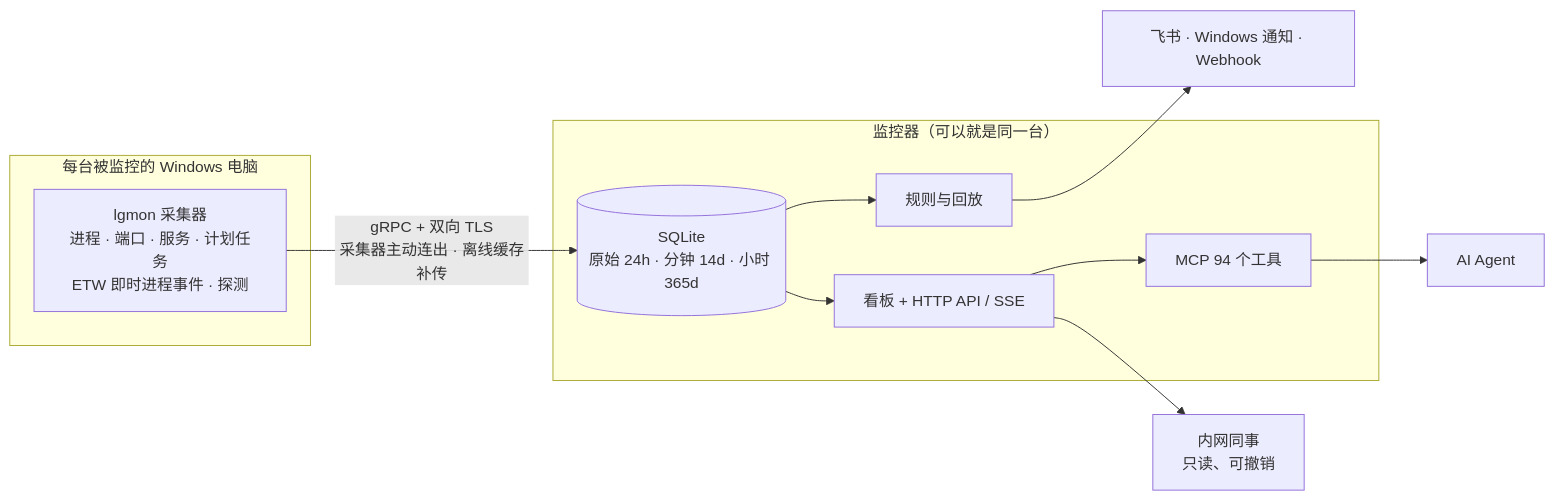
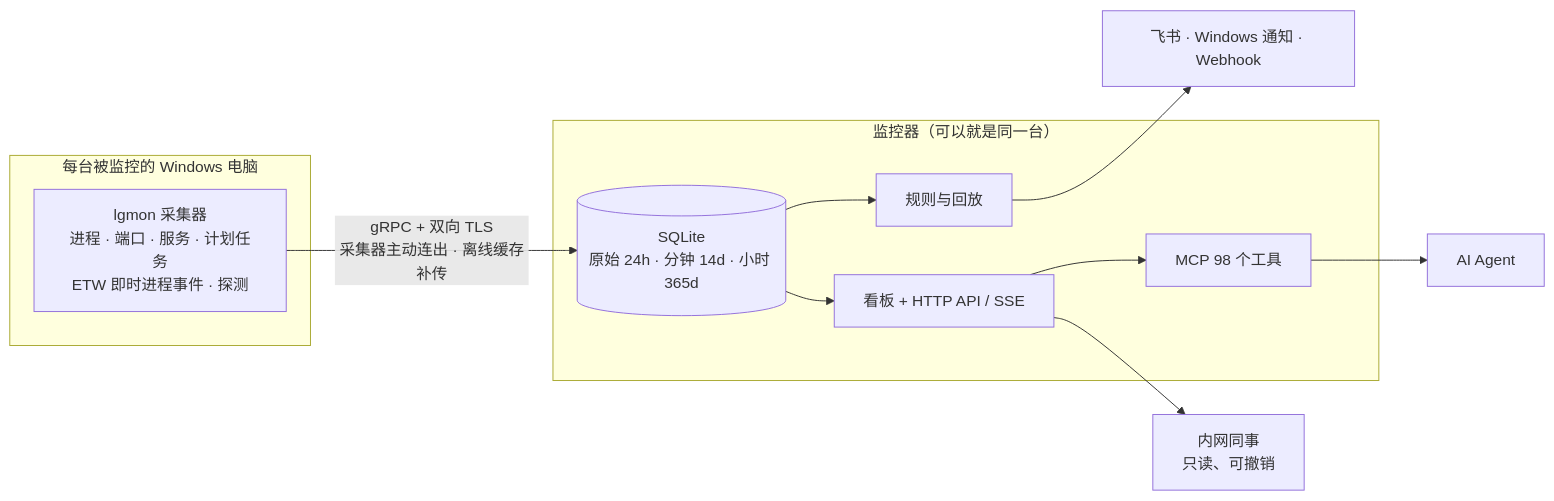
One commit to LFenX/lg-monitor changed the diagram in README.md. Above: the diagram before and after it, drawn with Mermaid. The commit also changed other lines of this file and 29 other files, not shown here.

````diff
--- a/README.md
+++ b/README.md
@@ -135,17 +135,17 @@
 ```mermaid
 flowchart LR
   subgraph PC[每台被监控的 Windows 电脑]
     C[lgmon 采集器<br/>进程 · 端口 · 服务 · 计划任务<br/>ETW 即时进程事件 · 探测]
   end
   subgraph M[监控器（可以就是同一台）]
     S[(SQLite<br/>原始 24h · 分钟 14d · 小时 365d)]
     R[规则与回放]
     W[看板 + HTTP API / SSE]
-    P[MCP 94 个工具]
+    P[MCP 98 个工具]
   end
   C -- gRPC + 双向 TLS<br/>采集器主动连出 · 离线缓存补传 --> S
   S --> R --> N[飞书 · Windows 通知 · Webhook]
   S --> W
   W --> P --> A[AI Agent]
   W --> L[内网同事<br/>只读、可撤销]
 ```
````
